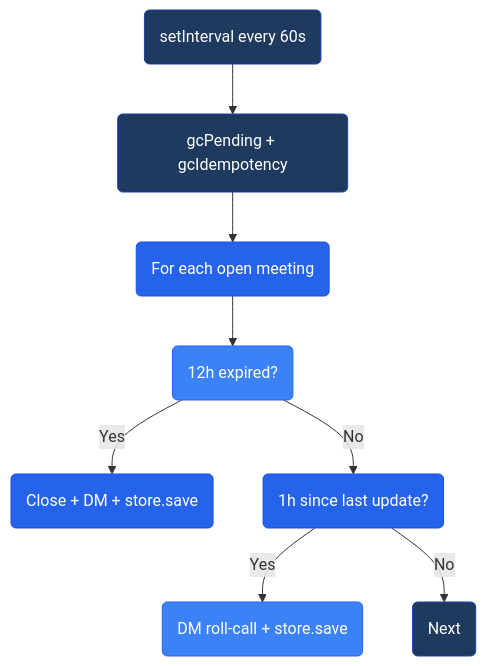
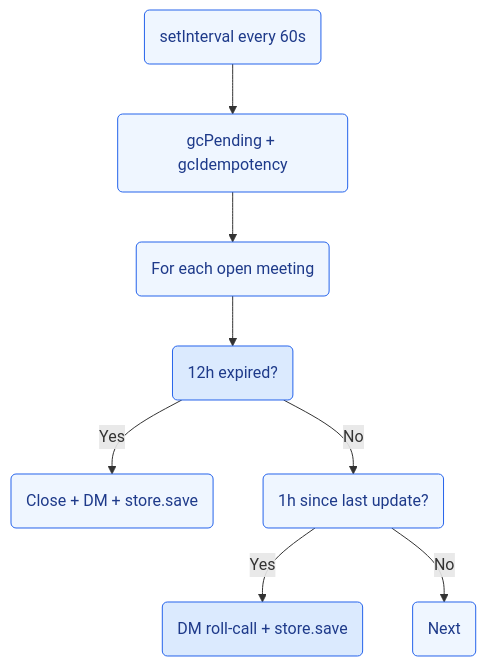
Before and after one commit to javana3/claw_meeting_all: diagram 12 of 13 in README.md, drawn with Mermaid. The commit also changed other lines of this file, not shown here.

````diff
--- a/README.md
+++ b/README.md
@@ -444,19 +444,19 @@
 ```mermaid
 graph TD
     TICK(setInterval every 60s) --> GC(gcPending + gcIdempotency)
     GC --> LOOP(For each open meeting)
     LOOP --> EXP(12h expired?)
     EXP -->|Yes| CLOSE(Close + DM + store.save)
     EXP -->|No| STATUS(1h since last update?)
     STATUS -->|Yes| DM(DM roll-call + store.save)
     STATUS -->|No| NEXT(Next)
 
-    style CLOSE fill:#2563eb,stroke:#1d4ed8,color:#fff
-    style DM fill:#3b82f6,stroke:#2563eb,color:#fff
-    style TICK fill:#1e3a5f,stroke:#1e40af,color:#fff
-    style GC fill:#1e3a5f,stroke:#1e40af,color:#fff
-    style LOOP fill:#2563eb,stroke:#1d4ed8,color:#fff
-    style EXP fill:#3b82f6,stroke:#2563eb,color:#fff
-    style STATUS fill:#2563eb,stroke:#1d4ed8,color:#fff
-    style NEXT fill:#1e3a5f,stroke:#1e40af,color:#fff
+    style CLOSE fill:#eff6ff,stroke:#2563eb,color:#1e3a8a
+    style DM fill:#dbeafe,stroke:#2563eb,color:#1e3a8a
+    style TICK fill:#eff6ff,stroke:#2563eb,color:#1e3a8a
+    style GC fill:#eff6ff,stroke:#2563eb,color:#1e3a8a
+    style LOOP fill:#eff6ff,stroke:#2563eb,color:#1e3a8a
+    style EXP fill:#dbeafe,stroke:#2563eb,color:#1e3a8a
+    style STATUS fill:#eff6ff,stroke:#2563eb,color:#1e3a8a
+    style NEXT fill:#eff6ff,stroke:#2563eb,color:#1e3a8a
 ```
````
